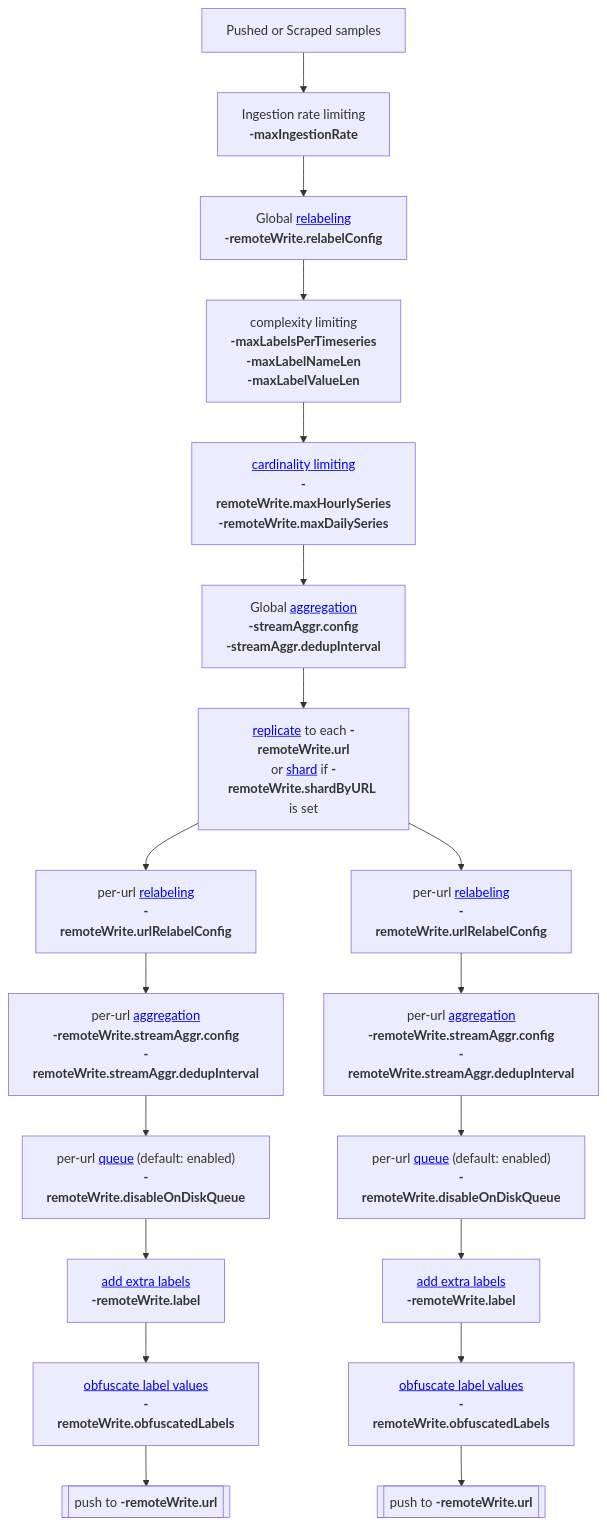
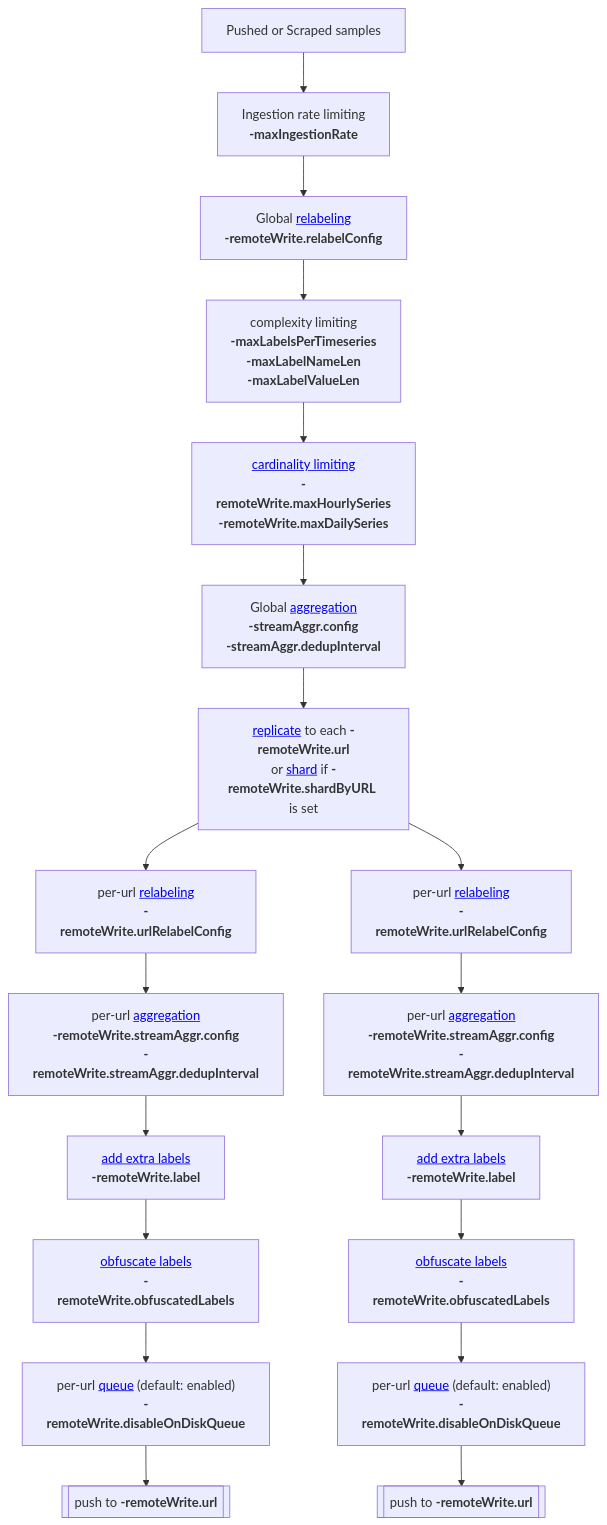
The diagram in docs/victoriametrics/vmagent.md (VictoriaMetrics/VictoriaMetrics), drawn with Mermaid before and after one commit. The commit also changed other lines of this file, not shown here.

Commit message:
docs: minor tweaks

````diff
--- a/docs/victoriametrics/vmagent.md
+++ b/docs/victoriametrics/vmagent.md
@@ -277,26 +277,26 @@
 ```mermaid
 %%{init: { "themeCSS": ".nodeLabel, .edgeLabel { white-space: nowrap; word-break: normal; overflow-wrap: normal; }" }}%%
 flowchart TB
     A[Pushed or Scraped samples] --> B[Ingestion rate limiting<br><b>-maxIngestionRate</b>]
     B --> C[Global <a href="https://docs.victoriametrics.com/victoriametrics/relabeling/">relabeling</a><br><b>-remoteWrite.relabelConfig</b>]
     C --> D[complexity limiting<br><b>-maxLabelsPerTimeseries</b><br><b>-maxLabelNameLen</b><br><b>-maxLabelValueLen</b>]
     D --> E[<a href="https://docs.victoriametrics.com/victoriametrics/vmagent/#cardinality-limiter">cardinality limiting</a><br><b>-remoteWrite.maxHourlySeries</b><br><b>-remoteWrite.maxDailySeries</b>]
     E --> F[Global <a href="https://docs.victoriametrics.com/victoriametrics/stream-aggregation">aggregation</a><br><b>-streamAggr.config</b><br><b>-streamAggr.dedupInterval</b>]
     F --> G[<a href="https://docs.victoriametrics.com/victoriametrics/vmagent/#replication-and-high-availability">replicate</a> to each <b>-remoteWrite.url</b><br/>or <a href="https://docs.victoriametrics.com/victoriametrics/vmagent/#sharding-among-remote-storages">shard</a> if <b>-remoteWrite.shardByURL</b> is set]
 
       %% Left branch
       G --> H1[per-url <a href="https://docs.victoriametrics.com/victoriametrics/relabeling/">relabeling</a><br><b>-remoteWrite.urlRelabelConfig</b>]
       H1 --> H2[per-url <a href="https://docs.victoriametrics.com/victoriametrics/stream-aggregation">aggregation</a><br><b>-remoteWrite.streamAggr.config</b><br><b>-remoteWrite.streamAggr.dedupInterval</b>]
-      H2 --> H3["per-url <a href="https://docs.victoriametrics.com/victoriametrics/vmagent/#calculating-disk-space-for-persistence-queue">queue</a> (default: enabled)<br><b>-remoteWrite.disableOnDiskQueue</b>"]
-      H3 --> H4[<a href="https://docs.victoriametrics.com/victoriametrics/vmagent/#adding-labels-to-metrics">add extra labels</a><br><b>-remoteWrite.label</b>]
-      H4 --> H5[<a href="https://docs.victoriametrics.com/victoriametrics/vmagent/#obfuscating-label-values">obfuscate label values</a><br><b>-remoteWrite.obfuscatedLabels</b>]
+      H2 --> H3[<a href="https://docs.victoriametrics.com/victoriametrics/vmagent/#adding-labels-to-metrics">add extra labels</a><br><b>-remoteWrite.label</b>]
+      H3 --> H4[<a href="https://docs.victoriametrics.com/victoriametrics/vmagent/#obfuscating-label-values">obfuscate labels</a><br><b>-remoteWrite.obfuscatedLabels</b>]
+      H4 --> H5["per-url <a href="https://docs.victoriametrics.com/victoriametrics/vmagent/#calculating-disk-space-for-persistence-queue">queue</a> (default: enabled)<br><b>-remoteWrite.disableOnDiskQueue</b>"]
       H5 --> H6[[push to <b>-remoteWrite.url</b>]]
 
       %% Right branch
       G --> R1[per-url <a href="https://docs.victoriametrics.com/victoriametrics/relabeling/">relabeling</a><br><b>-remoteWrite.urlRelabelConfig</b>]
       R1 --> R2[per-url <a href="https://docs.victoriametrics.com/victoriametrics/stream-aggregation">aggregation</a><br><b>-remoteWrite.streamAggr.config</b><br><b>-remoteWrite.streamAggr.dedupInterval</b>]
-      R2 --> R3["per-url <a href="https://docs.victoriametrics.com/victoriametrics/vmagent/#calculating-disk-space-for-persistence-queue">queue</a> (default: enabled)<br><b>-remoteWrite.disableOnDiskQueue</b>"]
-      R3 --> R4[<a href="https://docs.victoriametrics.com/victoriametrics/vmagent/#adding-labels-to-metrics">add extra labels</a><br><b>-remoteWrite.label</b>]
-      R4 --> R5[<a href="https://docs.victoriametrics.com/victoriametrics/vmagent/#obfuscating-label-values">obfuscate label values</a><br><b>-remoteWrite.obfuscatedLabels</b>]
+      R2 --> R3[<a href="https://docs.victoriametrics.com/victoriametrics/vmagent/#adding-labels-to-metrics">add extra labels</a><br><b>-remoteWrite.label</b>]
+      R3 --> R4[<a href="https://docs.victoriametrics.com/victoriametrics/vmagent/#obfuscating-label-values">obfuscate labels</a><br><b>-remoteWrite.obfuscatedLabels</b>]
+      R4 --> R5["per-url <a href="https://docs.victoriametrics.com/victoriametrics/vmagent/#calculating-disk-space-for-persistence-queue">queue</a> (default: enabled)<br><b>-remoteWrite.disableOnDiskQueue</b>"]
       R5 --> R6[[push to <b>-remoteWrite.url</b>]]
 ```
````
